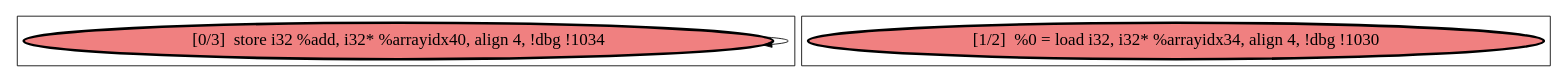
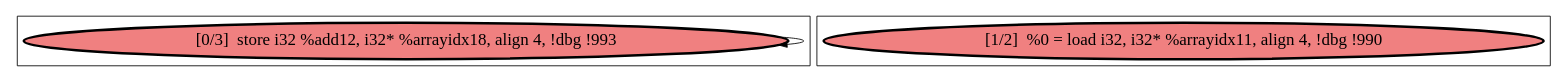
Before and after one commit to harel-coffee/PParMetrics-auto: the diagram in playground/dot/loop-nest-indep/mdg/main.depth_3.loop_2.mdg.sccs.dot.dot, drawn with Graphviz. The commit also changed 1056 other files, not shown here.

```diff
--- a/playground/dot/loop-nest-indep/mdg/main.depth_3.loop_2.mdg.sccs.dot.dot
+++ b/playground/dot/loop-nest-indep/mdg/main.depth_3.loop_2.mdg.sccs.dot.dot
@@ -1,27 +1,27 @@
 
 digraph G {
 
 
 
 
 
 subgraph cluster1 {
 
 
-node37 [penwidth=3.0,fontsize=20,fillcolor=lightcoral,label="[0/3]  store i32 %add, i32* %arrayidx40, align 4, !dbg !1034",shape=ellipse,style=filled ]
+node17 [penwidth=3.0,fontsize=20,fillcolor=lightcoral,label="[0/3]  store i32 %add12, i32* %arrayidx18, align 4, !dbg !993",shape=ellipse,style=filled ]
 
-node37->node37 [ ]
+node17->node17 [ ]
 
 
 }
 
 subgraph cluster0 {
 
 
-node36 [penwidth=3.0,fontsize=20,fillcolor=lightcoral,label="[1/2]  %0 = load i32, i32* %arrayidx34, align 4, !dbg !1030",shape=ellipse,style=filled ]
+node16 [penwidth=3.0,fontsize=20,fillcolor=lightcoral,label="[1/2]  %0 = load i32, i32* %arrayidx11, align 4, !dbg !990",shape=ellipse,style=filled ]
 
 
 
 }
 
 }
```
